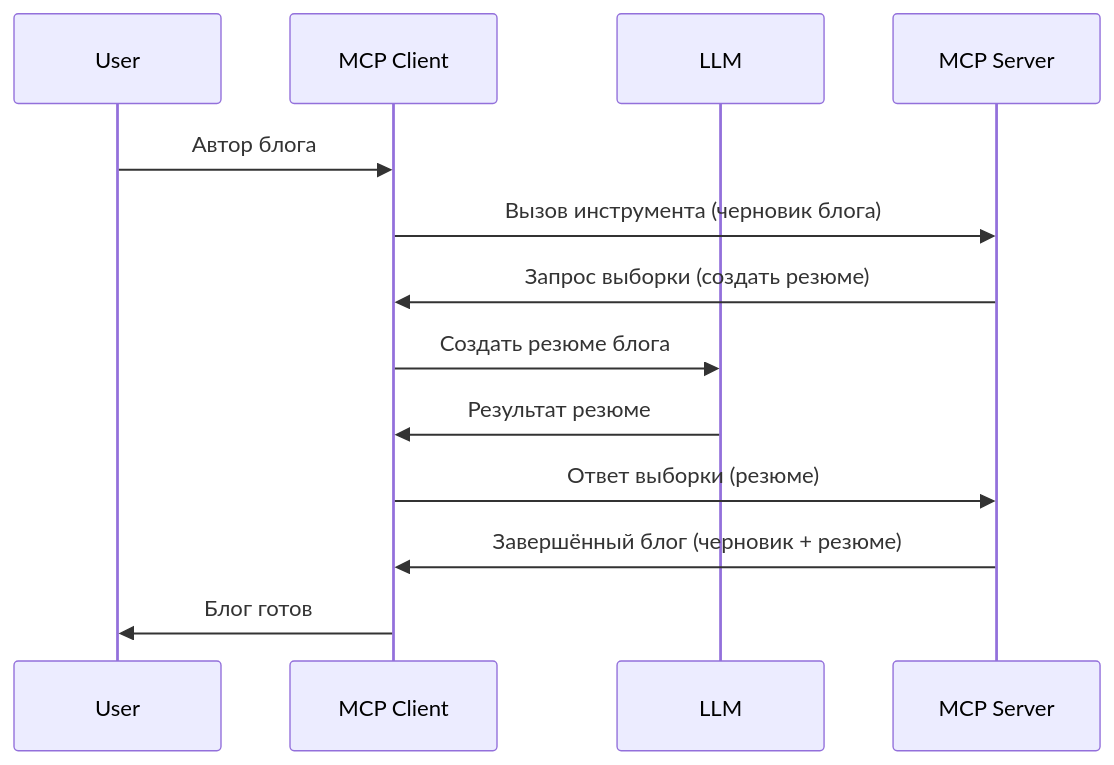
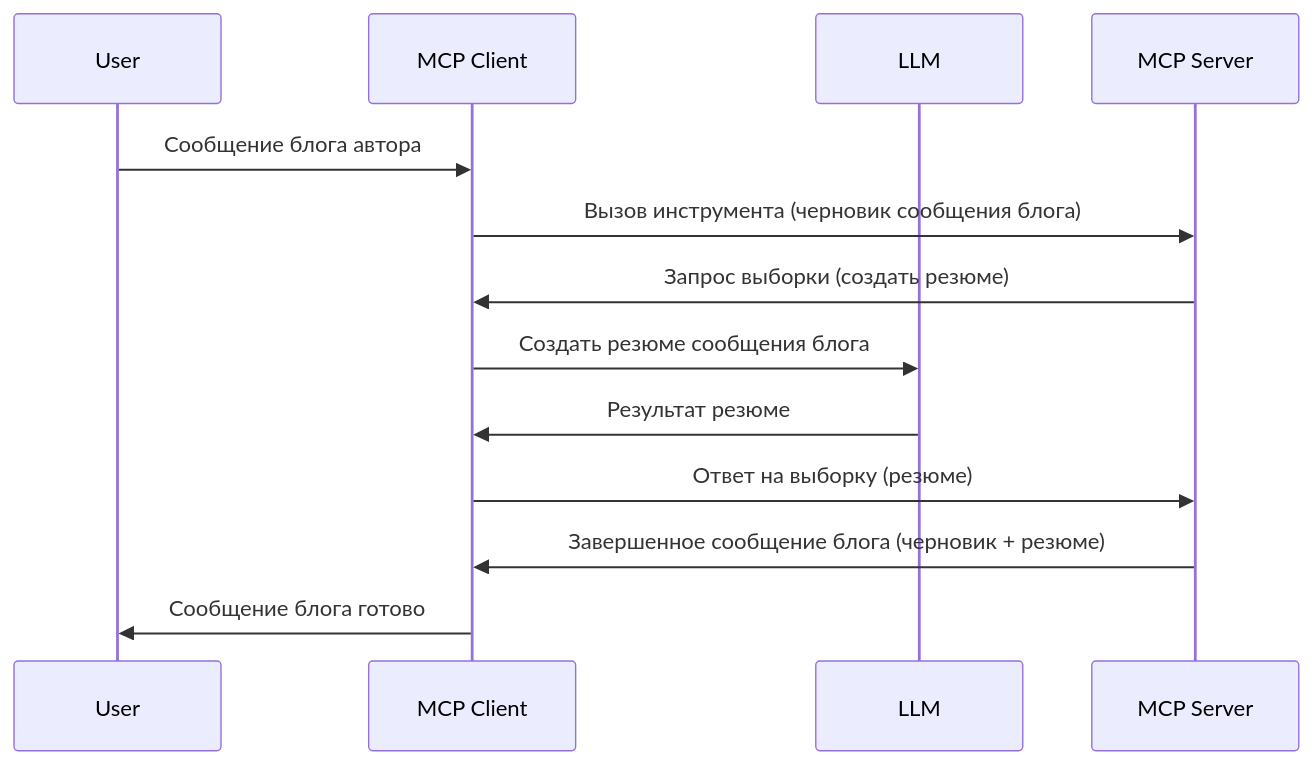
Before and after one commit to HIDORAKAI002/ai-workspace-archive: the diagram in mcp_ecosystem__model_context_protocol/mcp_learning_resources/mcp-for-beginners/translations/ru/03-GettingStarted/14-sampling/README.md, drawn with Mermaid. The commit also changed other lines of this file and 1046 other files, not shown here.

````diff
--- a/mcp_ecosystem__model_context_protocol/mcp_learning_resources/mcp-for-beginners/translations/ru/03-GettingStarted/14-sampling/README.md
+++ b/mcp_ecosystem__model_context_protocol/mcp_learning_resources/mcp-for-beginners/translations/ru/03-GettingStarted/14-sampling/README.md
@@ -23,16 +25,16 @@
 ```mermaid
 sequenceDiagram
     participant User
     participant MCP Client
     participant LLM
     participant MCP Server
 
-    User->>MCP Client: Автор блога
-    MCP Client->>MCP Server: Вызов инструмента (черновик блога)
+    User->>MCP Client: Сообщение блога автора
+    MCP Client->>MCP Server: Вызов инструмента (черновик сообщения блога)
     MCP Server->>MCP Client: Запрос выборки (создать резюме)
-    MCP Client->>LLM: Создать резюме блога
+    MCP Client->>LLM: Создать резюме сообщения блога
     LLM->>MCP Client: Результат резюме
-    MCP Client->>MCP Server: Ответ выборки (резюме)
-    MCP Server->>MCP Client: Завершённый блог (черновик + резюме)
-    MCP Client->>User: Блог готов
+    MCP Client->>MCP Server: Ответ на выборку (резюме)
+    MCP Server->>MCP Client: Завершенное сообщение блога (черновик + резюме)
+    MCP Client->>User: Сообщение блога готово
 ```
````
